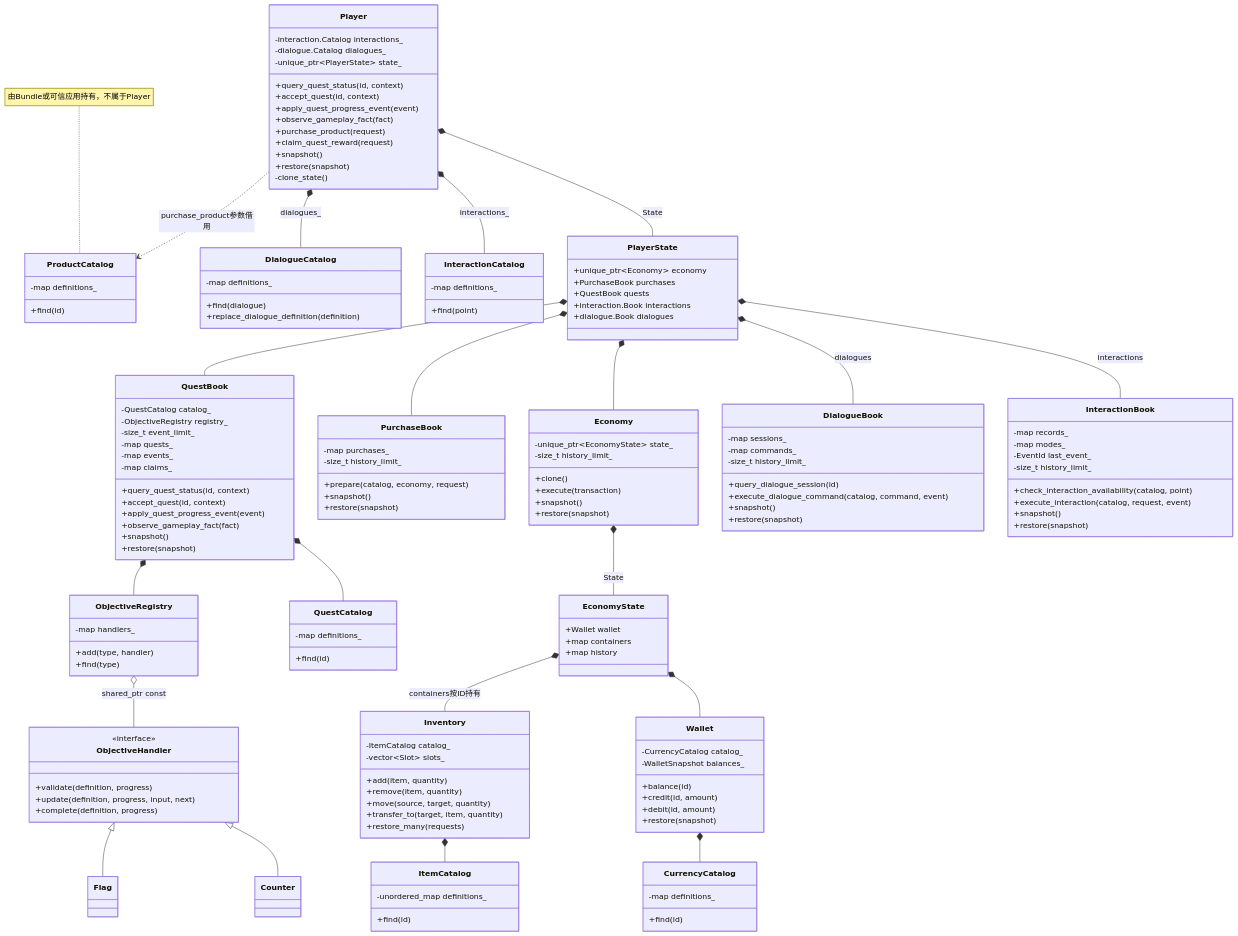
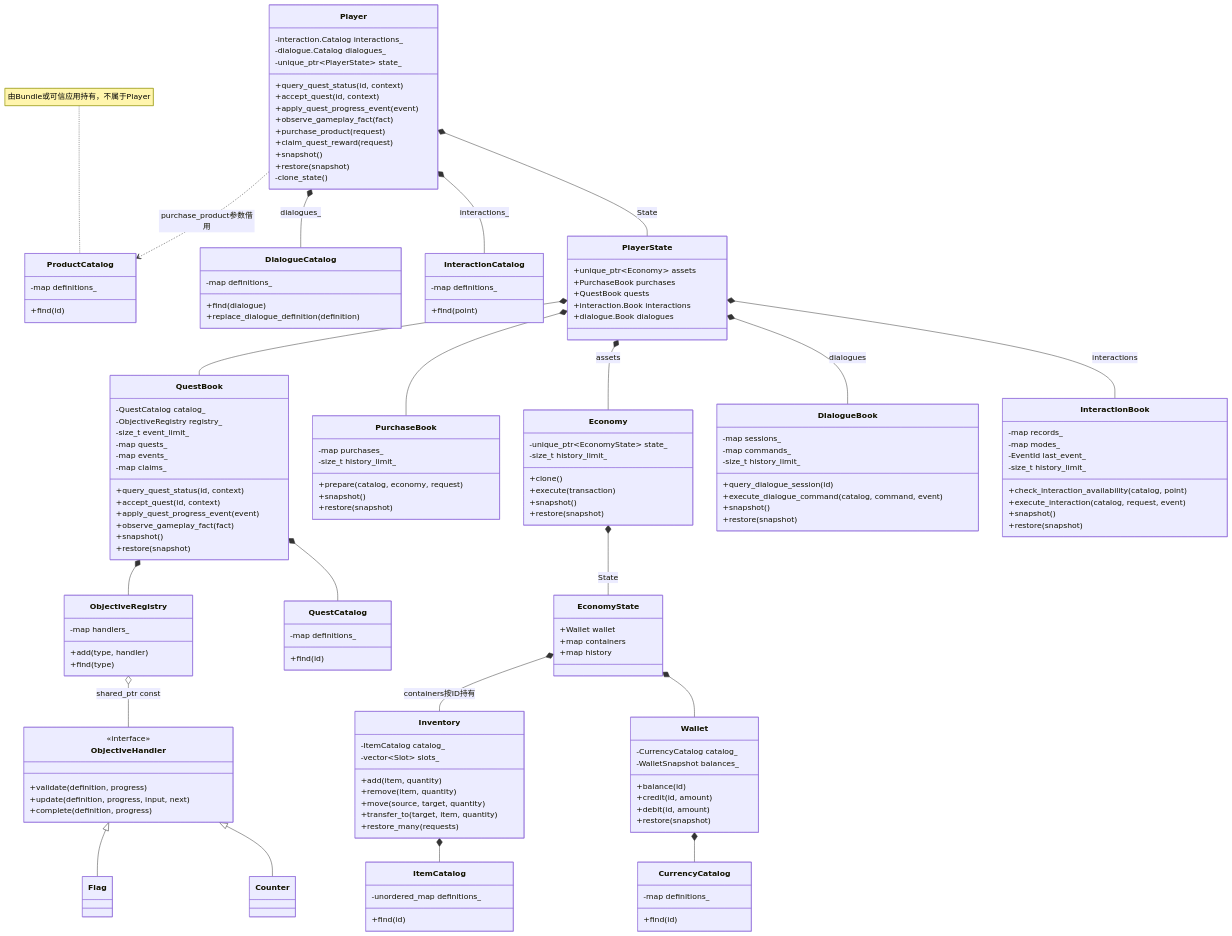
One commit to Cheems-life/game-systems-toolkit changed the first of 6 diagrams in docs/architecture-details.md. Above: the diagram before and after it, drawn with Mermaid. The commit also changed other lines of this file and 5 other files, not shown here.

Commit message:
refactor: name player-owned economy state assets

```diff
--- a/docs/architecture-details.md
+++ b/docs/architecture-details.md
@@ -25,7 +25,7 @@
         -clone_state()
     }
     class PlayerState {
-        +unique_ptr~Economy~ economy
+        +unique_ptr~Economy~ assets
         +PurchaseBook purchases
         +QuestBook quests
         +interaction.Book interactions
@@ -146,7 +146,7 @@
     }
     Player ..> ProductCatalog : purchase_product参数借用
     note for ProductCatalog "由Bundle或可信应用持有，不属于Player"
-    PlayerState *-- Economy
+    PlayerState *-- Economy : assets
     PlayerState *-- PurchaseBook
     PlayerState *-- QuestBook
     Economy *-- EconomyState : State
```
